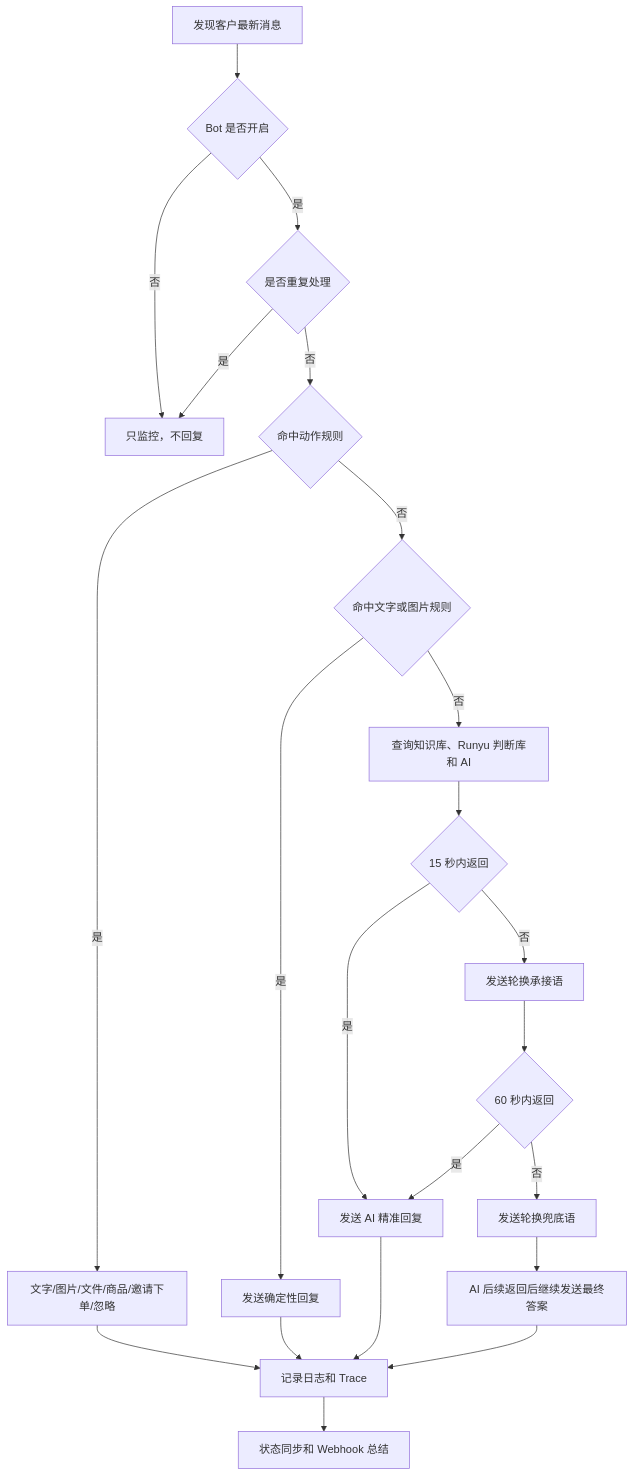
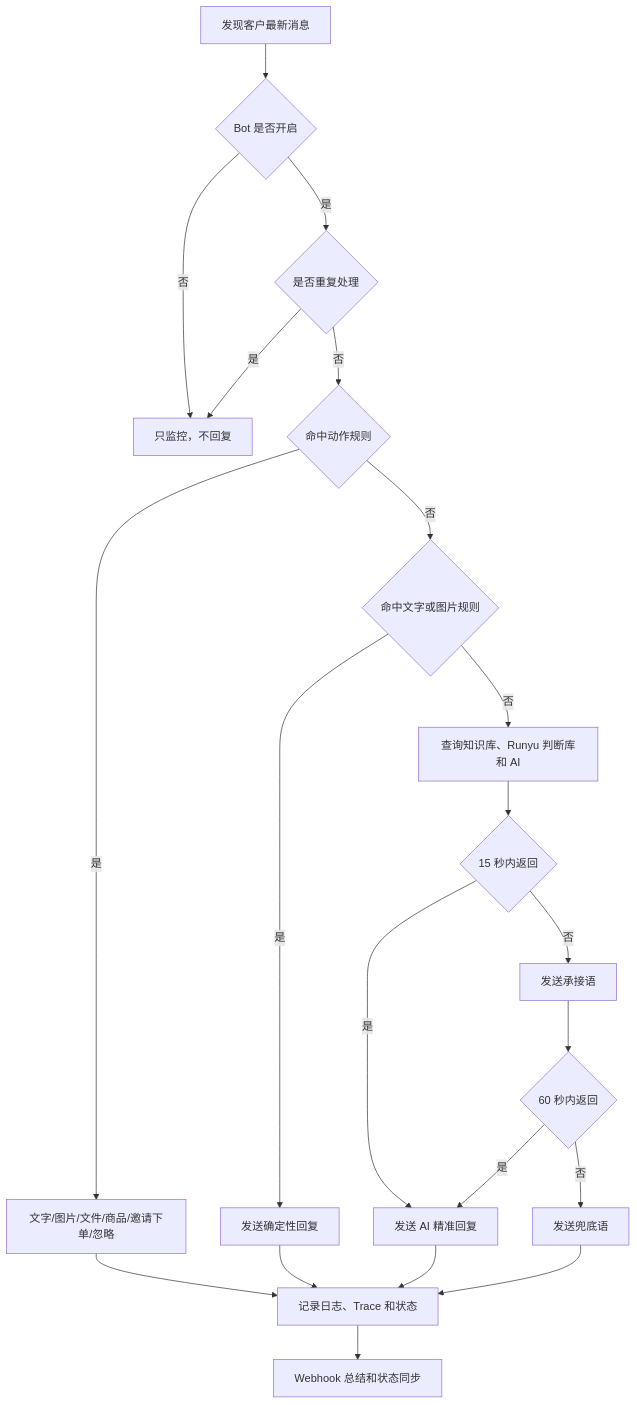
Before and after one commit to JahanHe/wechat-autoreply: the diagram in README.md, drawn with Mermaid. The commit also changed other lines of this file and 17 other files, not shown here.

Commit message:
docs: organize project architecture docs

````diff
--- a/README.md
+++ b/README.md
@@ -66,24 +68,23 @@
 ```mermaid
 flowchart TD
   A["发现客户最新消息"] --> B{"Bot 是否开启"}
   B -- "否" --> Z["只监控，不回复"]
   B -- "是" --> C{"是否重复处理"}
   C -- "是" --> Z
   C -- "否" --> D{"命中动作规则"}
   D -- "是" --> E["文字/图片/文件/商品/邀请下单/忽略"]
   D -- "否" --> F{"命中文字或图片规则"}
   F -- "是" --> G["发送确定性回复"]
   F -- "否" --> H["查询知识库、Runyu 判断库和 AI"]
   H --> I{"15 秒内返回"}
   I -- "是" --> J["发送 AI 精准回复"]
-  I -- "否" --> K["发送轮换承接语"]
+  I -- "否" --> K["发送承接语"]
   K --> L{"60 秒内返回"}
   L -- "是" --> J
-  L -- "否" --> M["发送轮换兜底语"]
-  M --> N["AI 后续返回后继续发送最终答案"]
-  E --> R["记录日志和 Trace"]
+  L -- "否" --> M["发送兜底语"]
+  E --> R["记录日志、Trace 和状态"]
   G --> R
   J --> R
-  N --> R
-  R --> S["状态同步和 Webhook 总结"]
+  M --> R
+  R --> S["Webhook 总结和状态同步"]
 ```
````
